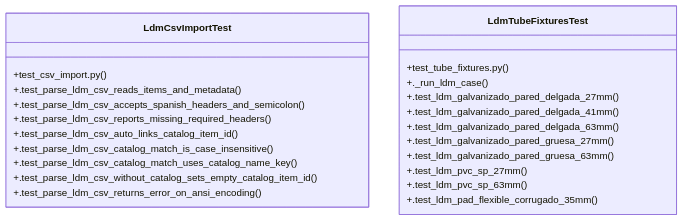
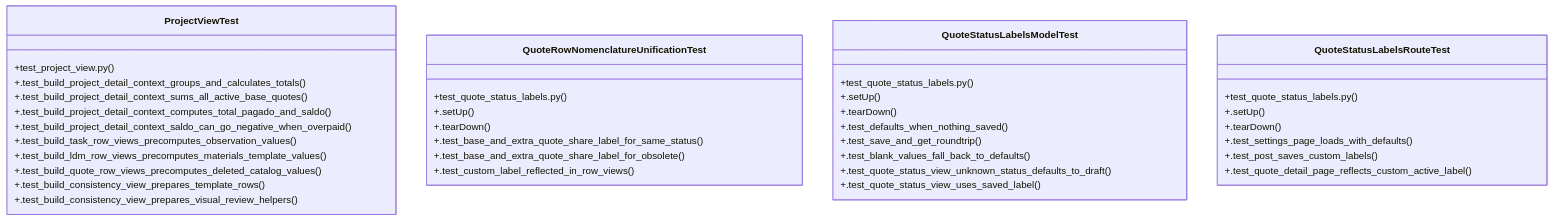
One commit to Daftrick/ProjectTracker changed the diagram in graphify-out/wiki/Community_10.md. Above: the diagram before and after it, drawn with Mermaid. The commit also changed other lines of this file and 495 other files, not shown here.

````diff
--- a/graphify-out/wiki/Community_10.md
+++ b/graphify-out/wiki/Community_10.md
@@ -36,26 +36,41 @@
 ```mermaid
 classDiagram
-    class LdmCsvImportTest {
-        +test_csv_import.py()
-        +.test_parse_ldm_csv_reads_items_and_metadata()
-        +.test_parse_ldm_csv_accepts_spanish_headers_and_semicolon()
-        +.test_parse_ldm_csv_reports_missing_required_headers()
-        +.test_parse_ldm_csv_auto_links_catalog_item_id()
-        +.test_parse_ldm_csv_catalog_match_is_case_insensitive()
-        +.test_parse_ldm_csv_catalog_match_uses_catalog_name_key()
-        +.test_parse_ldm_csv_without_catalog_sets_empty_catalog_item_id()
-        +.test_parse_ldm_csv_returns_error_on_ansi_encoding()
+    class ProjectViewTest {
+        +test_project_view.py()
+        +.test_build_project_detail_context_groups_and_calculates_totals()
+        +.test_build_project_detail_context_sums_all_active_base_quotes()
+        +.test_build_project_detail_context_computes_total_pagado_and_saldo()
+        +.test_build_project_detail_context_saldo_can_go_negative_when_overpaid()
+        +.test_build_task_row_views_precomputes_observation_values()
+        +.test_build_ldm_row_views_precomputes_materials_template_values()
+        +.test_build_quote_row_views_precomputes_deleted_catalog_values()
+        +.test_build_consistency_view_prepares_template_rows()
+        +.test_build_consistency_view_prepares_visual_review_helpers()
     }
-    class LdmTubeFixturesTest {
-        +test_tube_fixtures.py()
-        +._run_ldm_case()
-        +.test_ldm_galvanizado_pared_delgada_27mm()
-        +.test_ldm_galvanizado_pared_delgada_41mm()
-        +.test_ldm_galvanizado_pared_delgada_63mm()
-        +.test_ldm_galvanizado_pared_gruesa_27mm()
-        +.test_ldm_galvanizado_pared_gruesa_63mm()
-        +.test_ldm_pvc_sp_27mm()
-        +.test_ldm_pvc_sp_63mm()
-        +.test_ldm_pad_flexible_corrugado_35mm()
+    class QuoteRowNomenclatureUnificationTest {
+        +test_quote_status_labels.py()
+        +.setUp()
+        +.tearDown()
+        +.test_base_and_extra_quote_share_label_for_same_status()
+        +.test_base_and_extra_quote_share_label_for_obsolete()
+        +.test_custom_label_reflected_in_row_views()
+    }
+    class QuoteStatusLabelsModelTest {
+        +test_quote_status_labels.py()
+        +.setUp()
+        +.tearDown()
+        +.test_defaults_when_nothing_saved()
+        +.test_save_and_get_roundtrip()
+        +.test_blank_values_fall_back_to_defaults()
+        +.test_quote_status_view_unknown_status_defaults_to_draft()
+        +.test_quote_status_view_uses_saved_label()
+    }
+    class QuoteStatusLabelsRouteTest {
+        +test_quote_status_labels.py()
+        +.setUp()
+        +.tearDown()
+        +.test_settings_page_loads_with_defaults()
+        +.test_post_saves_custom_labels()
+        +.test_quote_detail_page_reflects_custom_active_label()
     }
 ```
````
